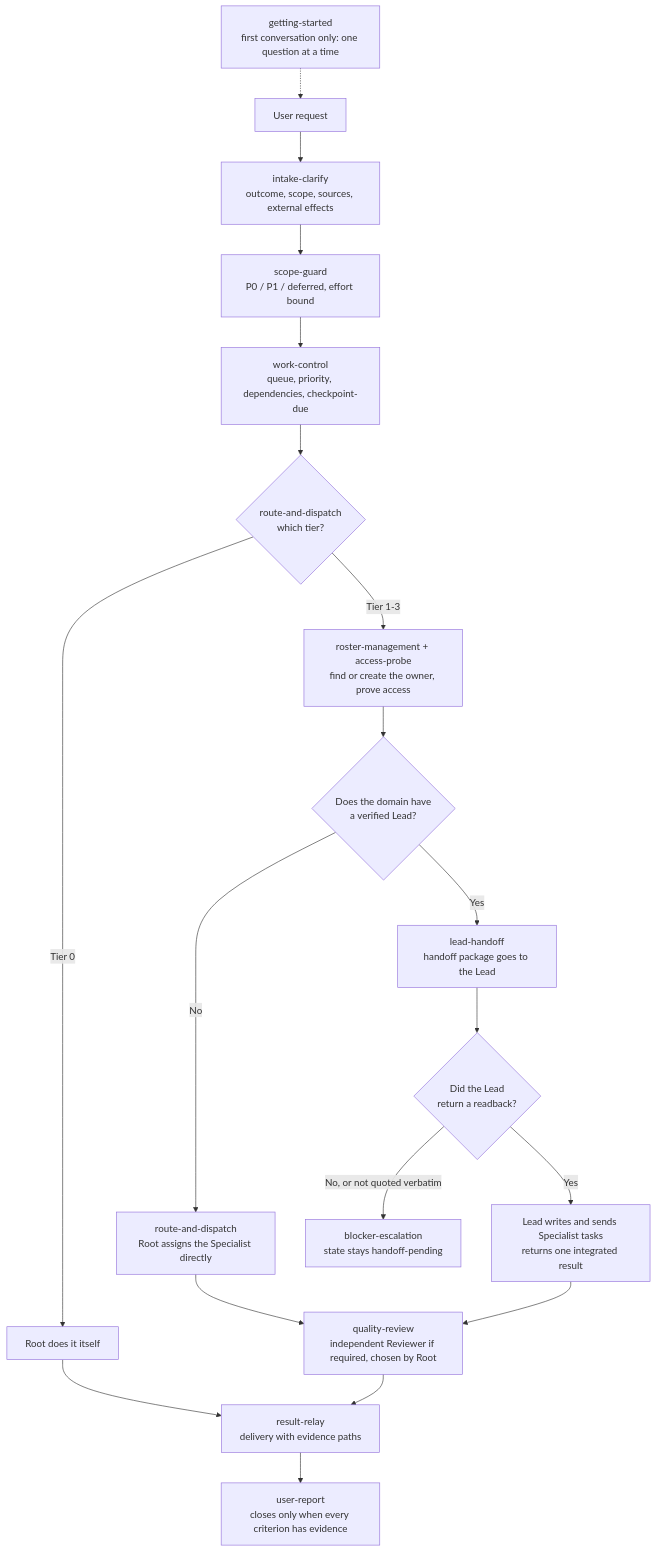
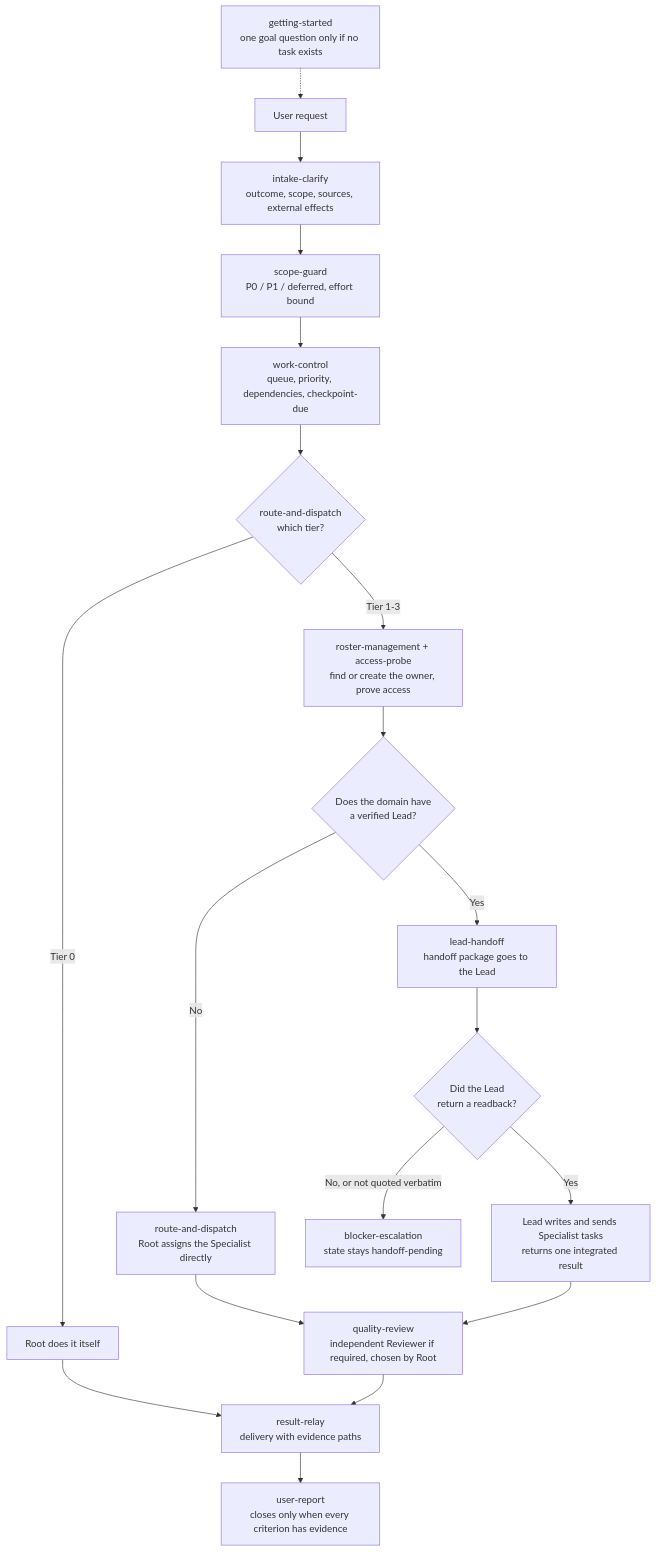
The first of 2 diagrams in README.md (MrBekoX/root-agent-skill-framework), drawn with Mermaid before and after one commit. The commit also changed other lines of this file and 41 other files, not shown here.

````diff
--- a/README.md
+++ b/README.md
@@ -32,21 +32,21 @@
 ```mermaid
 flowchart TD
-    GS["getting-started<br/>first conversation only: one question at a time"] -.-> P
+    GS["getting-started<br/>one goal question only if no task exists"] -.-> P
     P["User request"] --> IC["intake-clarify<br/>outcome, scope, sources, external effects"]
     IC --> SG["scope-guard<br/>P0 / P1 / deferred, effort bound"]
     SG --> WC["work-control<br/>queue, priority, dependencies, checkpoint-due"]
     WC --> RD{"route-and-dispatch<br/>which tier?"}
     RD -->|"Tier 0"| T0["Root does it itself"]
     RD -->|"Tier 1-3"| RM["roster-management + access-probe<br/>find or create the owner, prove access"]
     RM --> HAS{"Does the domain have<br/>a verified Lead?"}
     HAS -->|"No"| T1["route-and-dispatch<br/>Root assigns the Specialist directly"]
     HAS -->|"Yes"| LH["lead-handoff<br/>handoff package goes to the Lead"]
     LH --> RB{"Did the Lead<br/>return a readback?"}
     RB -->|"No, or not quoted verbatim"| BE["blocker-escalation<br/>state stays handoff-pending"]
     RB -->|"Yes"| LM["Lead writes and sends Specialist tasks<br/>returns one integrated result"]
     T1 --> QR["quality-review<br/>independent Reviewer if required, chosen by Root"]
     LM --> QR
     T0 --> RR
     QR --> RR["result-relay<br/>delivery with evidence paths"]
     RR --> UR["user-report<br/>closes only when every criterion has evidence"]
 ```
````
